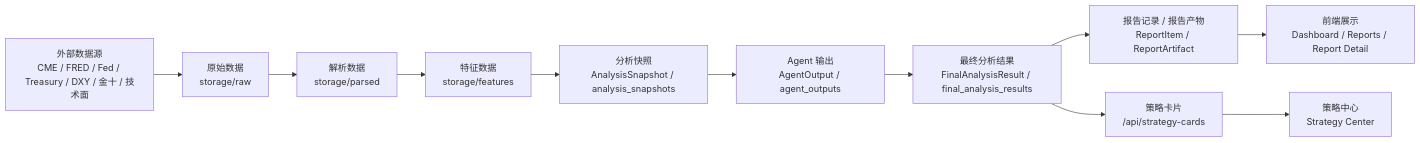
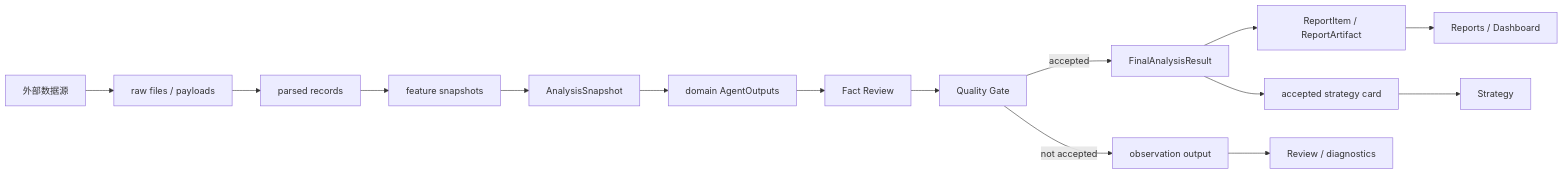
The diagram in docs/diagrams/data-flow.mmd (zhangxinxixx/finance-agent), drawn with Mermaid before and after one commit. The commit also changed 562 other files, not shown here.

Commit message:
fix: enforce accepted analysis outputs

```diff
--- a/docs/diagrams/data-flow.mmd
+++ b/docs/diagrams/data-flow.mmd
@@ -1,11 +1,15 @@
 flowchart LR
-  Sources["外部数据源<br/>CME / FRED / Fed / Treasury / DXY / 金十 / 技术面"] --> Raw["原始数据<br/>storage/raw"]
-  Raw --> Parsed["解析数据<br/>storage/parsed"]
-  Parsed --> Features["特征数据<br/>storage/features"]
-  Features --> Snapshot["分析快照<br/>AnalysisSnapshot / analysis_snapshots"]
-  Snapshot --> AgentOutputs["Agent 输出<br/>AgentOutput / agent_outputs"]
-  AgentOutputs --> FinalResult["最终分析结果<br/>FinalAnalysisResult / final_analysis_results"]
-  FinalResult --> Reports["报告记录 / 报告产物<br/>ReportItem / ReportArtifact"]
-  FinalResult --> Strategy["策略卡片<br/>/api/strategy-cards"]
-  Reports --> Dashboard["前端展示<br/>Dashboard / Reports / Report Detail"]
-  Strategy --> StrategyPage["策略中心<br/>Strategy Center"]
+  Sources["外部数据源"] --> Raw["raw files / payloads"]
+  Raw --> Parsed["parsed records"]
+  Parsed --> Features["feature snapshots"]
+  Features --> Snapshot["AnalysisSnapshot"]
+  Snapshot --> Agents["domain AgentOutputs"]
+  Agents --> Review["Fact Review"]
+  Review --> Gate["Quality Gate"]
+  Gate -->|accepted| Final["FinalAnalysisResult"]
+  Gate -->|not accepted| Observe["observation output"]
+  Final --> Reports["ReportItem / ReportArtifact"]
+  Final --> Strategy["accepted strategy card"]
+  Observe --> ReviewUI["Review / diagnostics"]
+  Reports --> Frontend["Reports / Dashboard"]
+  Strategy --> StrategyUI["Strategy"]
```
